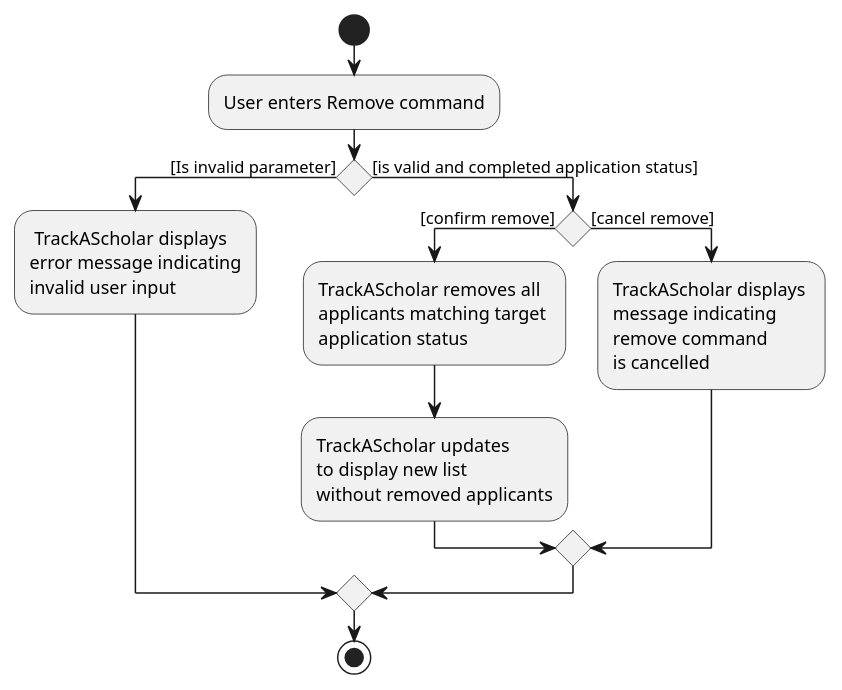
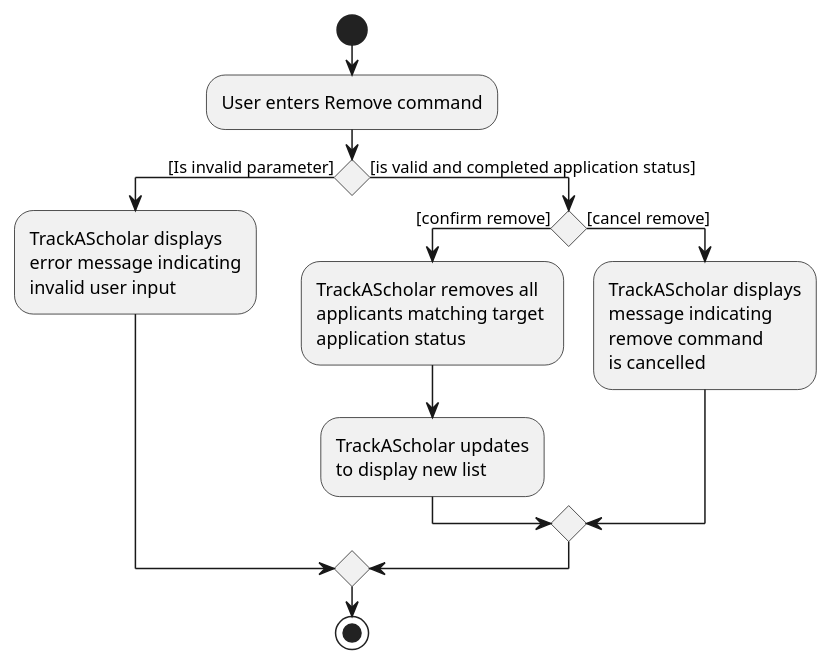
The diagram in docs/diagrams/RemoveCommandActivityDiagram.puml (nus-cs2103-AY2223S1/tp), drawn with PlantUML before and after one commit. The commit also changed 23 other files, not shown here.

Commit message:
Update Activity and Sequence diagrams in Developer Guide

```diff
--- a/docs/diagrams/RemoveCommandActivityDiagram.puml
+++ b/docs/diagrams/RemoveCommandActivityDiagram.puml
@@ -1,20 +1,20 @@
 @startuml
 start
 :User enters Remove command;
 
 if () then ([Is invalid parameter])
-    : TrackAScholar displays \nerror message indicating\ninvalid user input;
+    :TrackAScholar displays\nerror message indicating\ninvalid user input;
 
 else ([is valid and completed application status])
 
     if () then ([confirm remove])
-        :TrackAScholar removes all \napplicants matching target \napplication status;
+        :TrackAScholar removes all\napplicants matching target \napplication status;
 
-        :TrackAScholar updates \nto display new list \nwithout removed applicants;
+        :TrackAScholar updates\nto display new list;
     else ([cancel remove])
-        :TrackAScholar displays \nmessage indicating \nremove command \nis cancelled;
+        :TrackAScholar displays\nmessage indicating \nremove command \nis cancelled;
     endif
 
 endif
 stop
 @enduml
```
